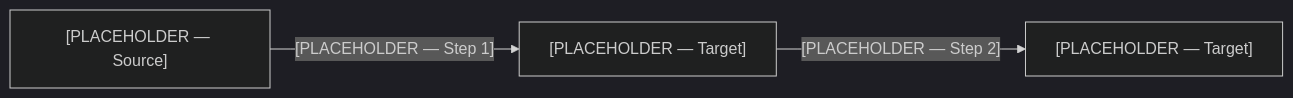
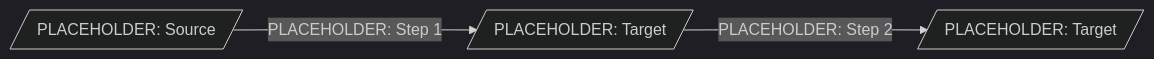
The seventh of 8 diagrams in architecture/technical-architecture.md (tonylnng/gateforge-blueprint-template), drawn with Mermaid (dark theme) before and after one commit. The commit also changed other lines of this file and 17 other files, not shown here.

````diff
--- a/architecture/technical-architecture.md
+++ b/architecture/technical-architecture.md
@@ -292,5 +338,7 @@
 ```mermaid
+%% Title: PLACEHOLDER — Data Flow
+%% Type:  flowchart
 flowchart LR
-    A["[PLACEHOLDER — Source]"] -->|"[PLACEHOLDER — Step 1]"| B["[PLACEHOLDER — Target]"]
-    B -->|"[PLACEHOLDER — Step 2]"| C["[PLACEHOLDER — Target]"]
+    A[/"PLACEHOLDER: Source"/] -->|"PLACEHOLDER: Step 1"| B[/"PLACEHOLDER: Target"/]
+    B -->|"PLACEHOLDER: Step 2"| C[/"PLACEHOLDER: Target"/]
 ```
````
